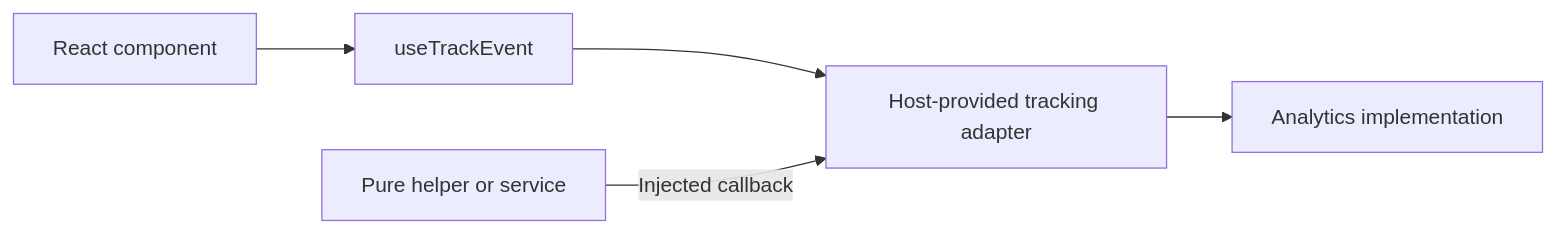
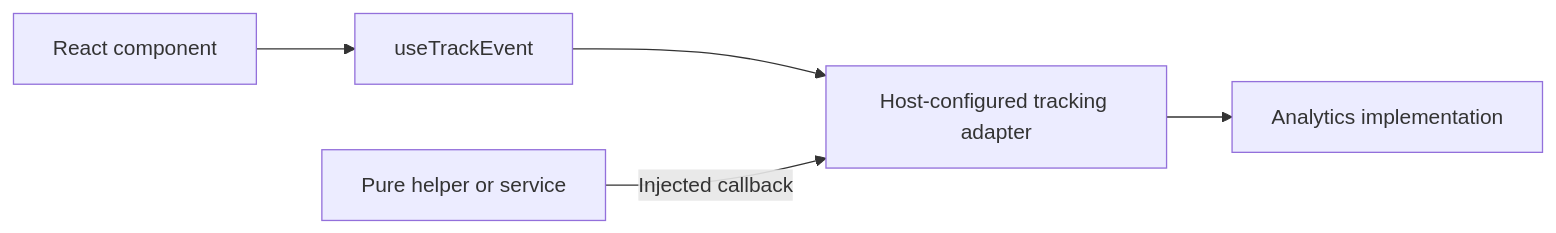
One commit to opendatahub-io/odh-dashboard changed the diagram in packages/analytics/README.md. Above: the diagram before and after it, drawn with Mermaid. The commit also changed other lines of this file and 73 other files, not shown here.

````diff
--- a/packages/analytics/README.md
+++ b/packages/analytics/README.md
@@ -11,7 +11,7 @@
 ```mermaid
 flowchart LR
   Component[React component] --> Hook[useTrackEvent]
-  Hook --> Adapter[Host-provided tracking adapter]
+  Hook --> Adapter[Host-configured tracking adapter]
   Helper[Pure helper or service] -->|Injected callback| Adapter
   Adapter --> Implementation[Analytics implementation]
 ```
````
